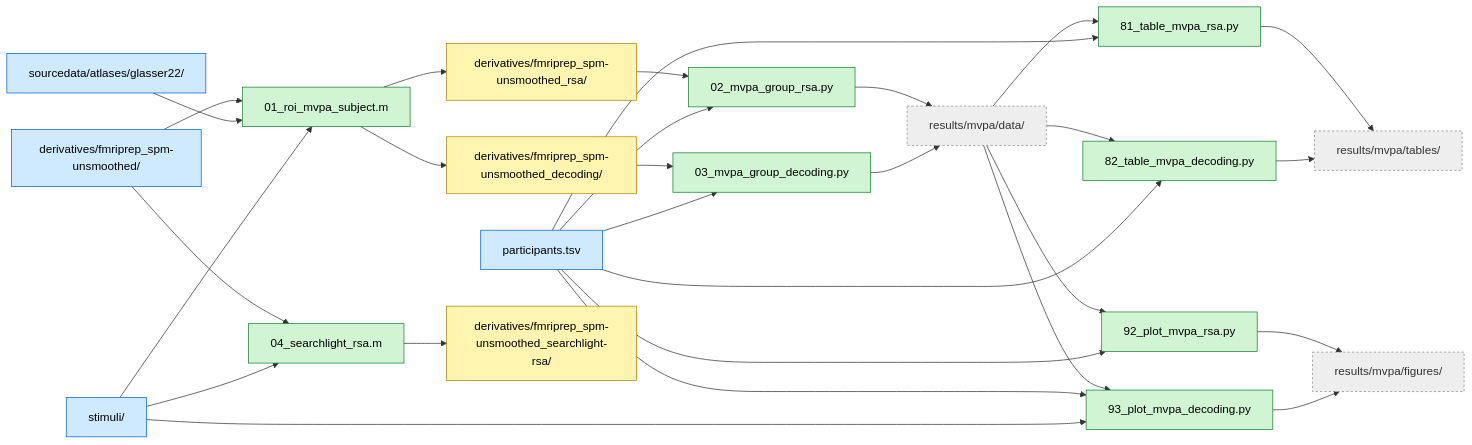
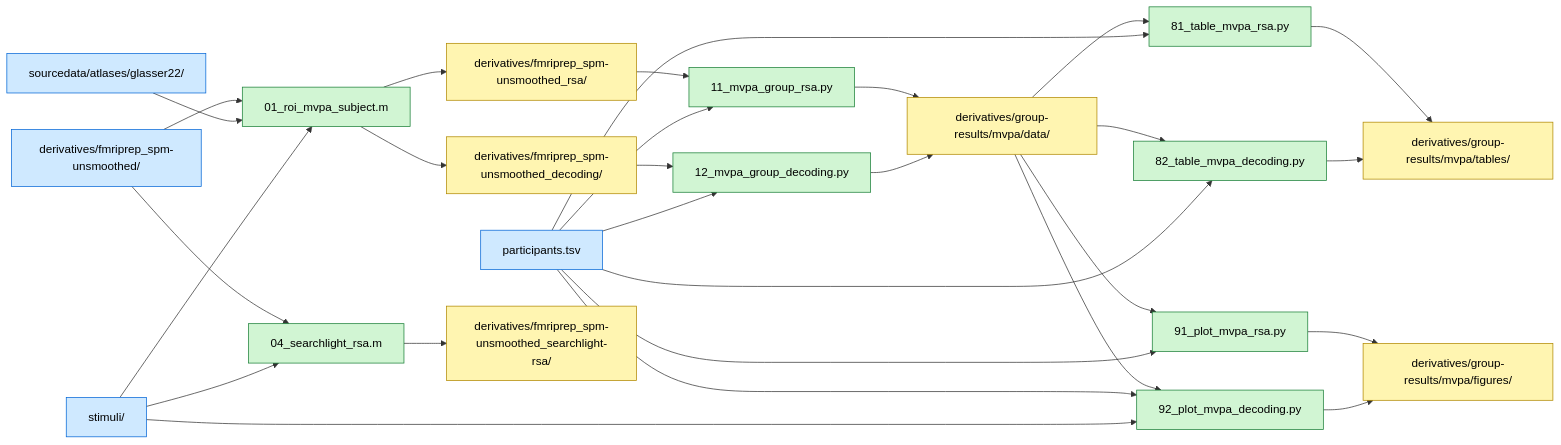
The diagram in chess-mvpa/README.md (costantinoai/chess-expertise-2025), drawn with Mermaid before and after one commit. The commit also changed other lines of this file and 59 other files, not shown here.

````diff
--- a/chess-mvpa/README.md
+++ b/chess-mvpa/README.md
@@ -15,56 +15,55 @@
 ```mermaid
 flowchart LR
-  classDef in fill:#cfe9ff,stroke:#0366d6,color:#000
-  classDef out fill:#fff5b1,stroke:#b08800,color:#000
-  classDef sc fill:#d1f5d3,stroke:#1a7f37,color:#000
-  classDef rl fill:#eee,stroke:#888,stroke-dasharray:3 3,color:#333
+ classDef in fill:#cfe9ff,stroke:#0366d6,color:#000
+ classDef out fill:#fff5b1,stroke:#b08800,color:#000
+ classDef sc fill:#d1f5d3,stroke:#1a7f37,color:#000
 
-  PT[participants.tsv]:::in
-  ST[stimuli/]:::in
-  GLMU[derivatives/fmriprep_spm-unsmoothed/]:::in
-  A22[sourcedata/atlases/glasser22/]:::in
+ PT[participants.tsv]:::in
+ ST[stimuli/]:::in
+ GLMU[derivatives/fmriprep_spm-unsmoothed/]:::in
+ A22[sourcedata/atlases/glasser22/]:::in
 
-  M01["01_roi_mvpa_subject.m"]:::sc
-  M04["04_searchlight_rsa.m"]:::sc
-  M02["02_mvpa_group_rsa.py"]:::sc
-  M03["03_mvpa_group_decoding.py"]:::sc
-  M81["81_table_mvpa_rsa.py"]:::sc
-  M82["82_table_mvpa_decoding.py"]:::sc
-  M92["92_plot_mvpa_rsa.py"]:::sc
-  M93["93_plot_mvpa_decoding.py"]:::sc
+ M01["01_roi_mvpa_subject.m"]:::sc
+ M04["04_searchlight_rsa.m"]:::sc
+ M11["11_mvpa_group_rsa.py"]:::sc
+ M12["12_mvpa_group_decoding.py"]:::sc
+ M81["81_table_mvpa_rsa.py"]:::sc
+ M82["82_table_mvpa_decoding.py"]:::sc
+ M91["91_plot_mvpa_rsa.py"]:::sc
+ M92["92_plot_mvpa_decoding.py"]:::sc
 
-  MR[derivatives/fmriprep_spm-unsmoothed_rsa/]:::out
-  MD[derivatives/fmriprep_spm-unsmoothed_decoding/]:::out
-  SLR[derivatives/fmriprep_spm-unsmoothed_searchlight-rsa/]:::out
-  DATA["results/mvpa/data/"]:::rl
-  TABLES["results/mvpa/tables/"]:::rl
-  FIGURES["results/mvpa/figures/"]:::rl
+ MR[derivatives/fmriprep_spm-unsmoothed_rsa/]:::out
+ MD[derivatives/fmriprep_spm-unsmoothed_decoding/]:::out
+ SLR[derivatives/fmriprep_spm-unsmoothed_searchlight-rsa/]:::out
+ DATA["derivatives/group-results/mvpa/data/"]:::out
+ TABLES["derivatives/group-results/mvpa/tables/"]:::out
+ FIGURES["derivatives/group-results/mvpa/figures/"]:::out
 
-  GLMU --> M01
-  A22 --> M01
-  ST --> M01
-  M01 --> MR
-  M01 --> MD
+ GLMU --> M01
+ A22 --> M01
+ ST --> M01
+ M01 --> MR
+ M01 --> MD
 
-  GLMU --> M04
-  ST --> M04
-  M04 --> SLR
+ GLMU --> M04
+ ST --> M04
+ M04 --> SLR
 
-  MR --> M02
-  PT --> M02
-  M02 --> DATA
+ MR --> M11
+ PT --> M11
+ M11 --> DATA
 
-  MD --> M03
-  PT --> M03
-  M03 --> DATA
+ MD --> M12
+ PT --> M12
+ M12 --> DATA
 
-  DATA --> M81 --> TABLES
-  PT --> M81
-  DATA --> M82 --> TABLES
-  PT --> M82
-  DATA --> M92 --> FIGURES
-  PT --> M92
-  DATA --> M93 --> FIGURES
-  PT --> M93
-  ST --> M93
+ DATA --> M81 --> TABLES
+ PT --> M81
+ DATA --> M82 --> TABLES
+ PT --> M82
+ DATA --> M91 --> FIGURES
+ PT --> M91
+ DATA --> M92 --> FIGURES
+ PT --> M92
+ ST --> M92
 ```
````
